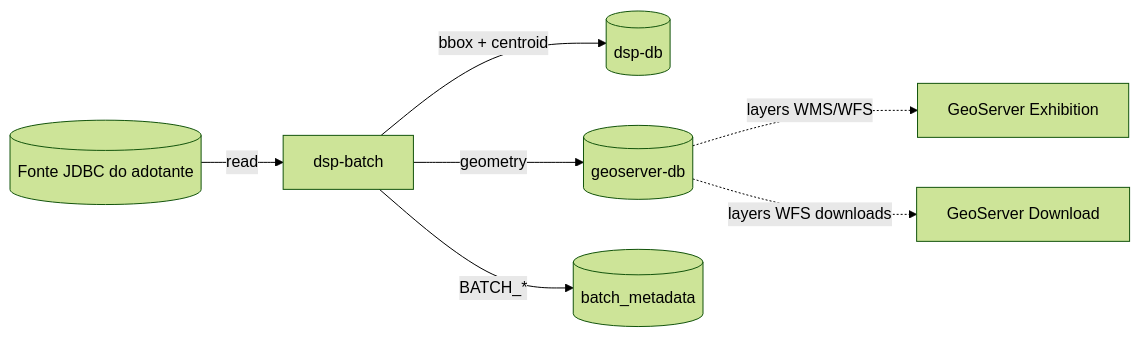
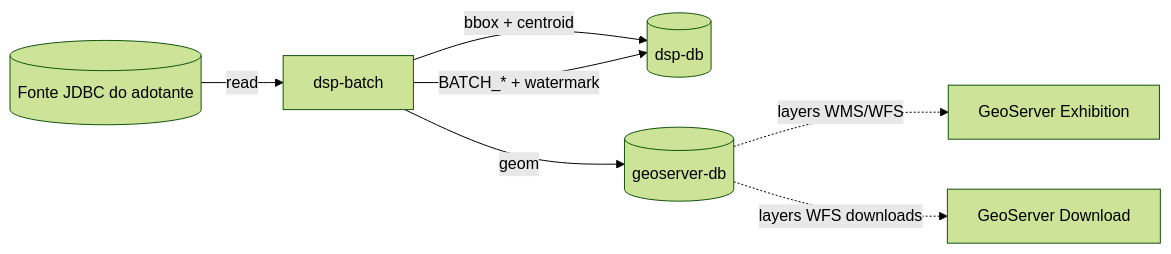
Before and after one commit to kleber-albino/rer-dsp-docs: the first of 2 diagrams in docs/modules/job-data-migration/overview.md, drawn with Mermaid (forest theme). The commit also changed other lines of this file and 14 other files, not shown here.

````diff
--- a/docs/modules/job-data-migration/overview.md
+++ b/docs/modules/job-data-migration/overview.md
@@ -23,9 +23,9 @@
 ```mermaid
 flowchart LR
   src[(Fonte JDBC do adotante)] -->|read| app[dsp-batch]
   app -->|"bbox + centroid"| tgt[(dsp-db)]
-  app -->|geometry| geo[(geoserver-db)]
-  app -->|"BATCH_*"| meta[(batch_metadata)]
+  app -->|geom| geo[(geoserver-db)]
+  app -->|"BATCH_* + watermark"| tgt
   geo -.->|layers WMS/WFS| gsEx[GeoServer Exhibition]
   geo -.->|layers WFS downloads| gsDl[GeoServer Download]
 ```
````
